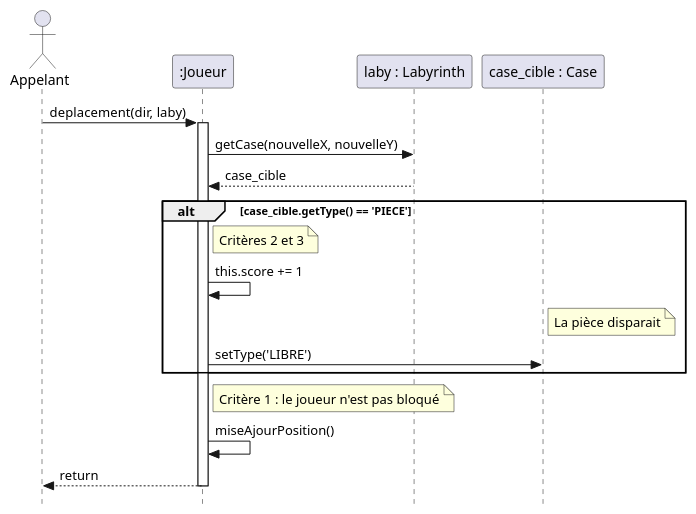
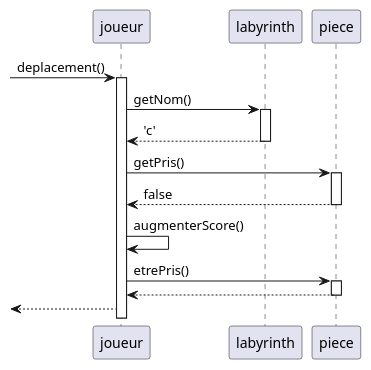
The diagram in projet_zeldiablo/documents/version_4/DiagrammeSequenceAugmenterScore.puml (Zayd54500/2026_COO_Zeldiablo_ZB_VJ_HD_MM), drawn with PlantUML before and after one commit. The commit also changed 2 other files, not shown here.

Commit message:
Modification Diagramme sequence

```diff
--- a/projet_zeldiablo/documents/version_4/DiagrammeSequenceAugmenterScore.puml
+++ b/projet_zeldiablo/documents/version_4/DiagrammeSequenceAugmenterScore.puml
@@ -1,29 +1,23 @@
 @startuml
-hide footbox
-skinparam style strictuml
 
-actor "Appelant" as Actor
-participant ":Joueur" as J
-participant "laby : Labyrinth" as Laby
-participant "case_cible : Case" as C
+participant "joueur" as j
+participant "labyrinth" as l
+participant "piece" as p
+-> j : deplacement()
+activate j
+j -> l : getNom()
+activate l
+l--> j : 'c'
+deactivate l
+j -> p : getPris()
+activate p
+p --> j : false
+deactivate p
+j -> j : augmenterScore()
+j -> p : etrePris()
+activate p
+p --> j
+deactivate p
+<-- j
 
-Actor -> J : deplacement(dir, laby)
-activate J
-
-J -> Laby : getCase(nouvelleX, nouvelleY)
-Laby --> J : case_cible
-
-alt case_cible.getType() == 'PIECE'
-    note right of J : Critères 2 et 3
-    J -> J : this.score += 1
-    
-    note right of C : La pièce disparait
-    J -> C : setType('LIBRE') 
-end
-
-note right of J : Critère 1 : le joueur n'est pas bloqué
-J -> J : miseAjourPosition()
-
-J --> Actor : return
-deactivate J
 @enduml
```
